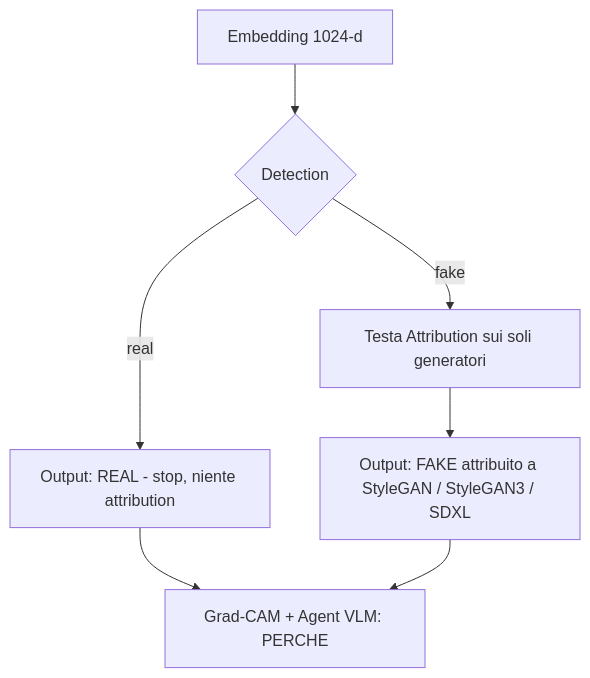
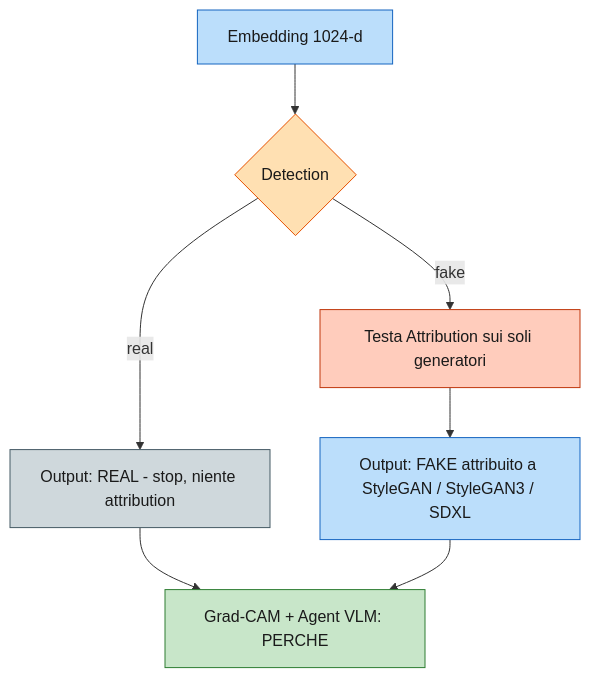
The second of 2 diagrams in Progetto/README.md (giuliopedicone02/MultimediaForensics), drawn with Mermaid before and after one commit. The commit also changed other lines of this file, not shown here.

Commit message:
Fix: diagrammi Mermaid del README leggibili (fill chiaro + testo scuro, palette coerente col report)

````diff
--- a/Progetto/README.md
+++ b/Progetto/README.md
@@ -49,9 +58,21 @@
 ```mermaid
 flowchart TD
     START[Embedding 1024-d] --> D{Detection}
     D -->|real| R[Output: REAL - stop, niente attribution]
     D -->|fake| A[Testa Attribution sui soli generatori]
     A --> O[Output: FAKE attribuito a StyleGAN / StyleGAN3 / SDXL]
     R --> X[Grad-CAM + Agent VLM: PERCHE]
     O --> X
+
+    classDef io   fill:#bbdefb,stroke:#1565c0,color:#1a1a1a
+    classDef det  fill:#ffe0b2,stroke:#e65100,color:#1a1a1a
+    classDef attr fill:#ffccbc,stroke:#bf360c,color:#1a1a1a
+    classDef stop fill:#cfd8dc,stroke:#455a64,color:#1a1a1a
+    classDef vlm  fill:#c8e6c9,stroke:#2e7d32,color:#1a1a1a
+    class START io
+    class D det
+    class A attr
+    class O io
+    class R stop
+    class X vlm
 ```
````
